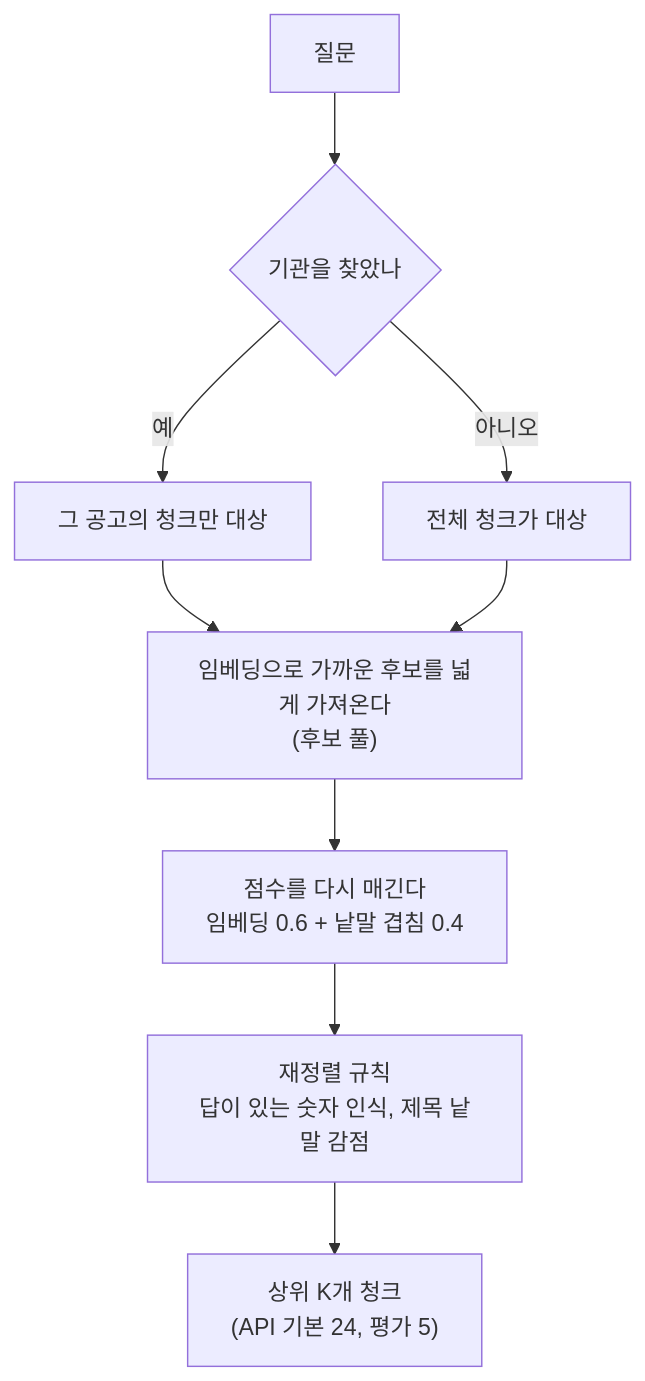
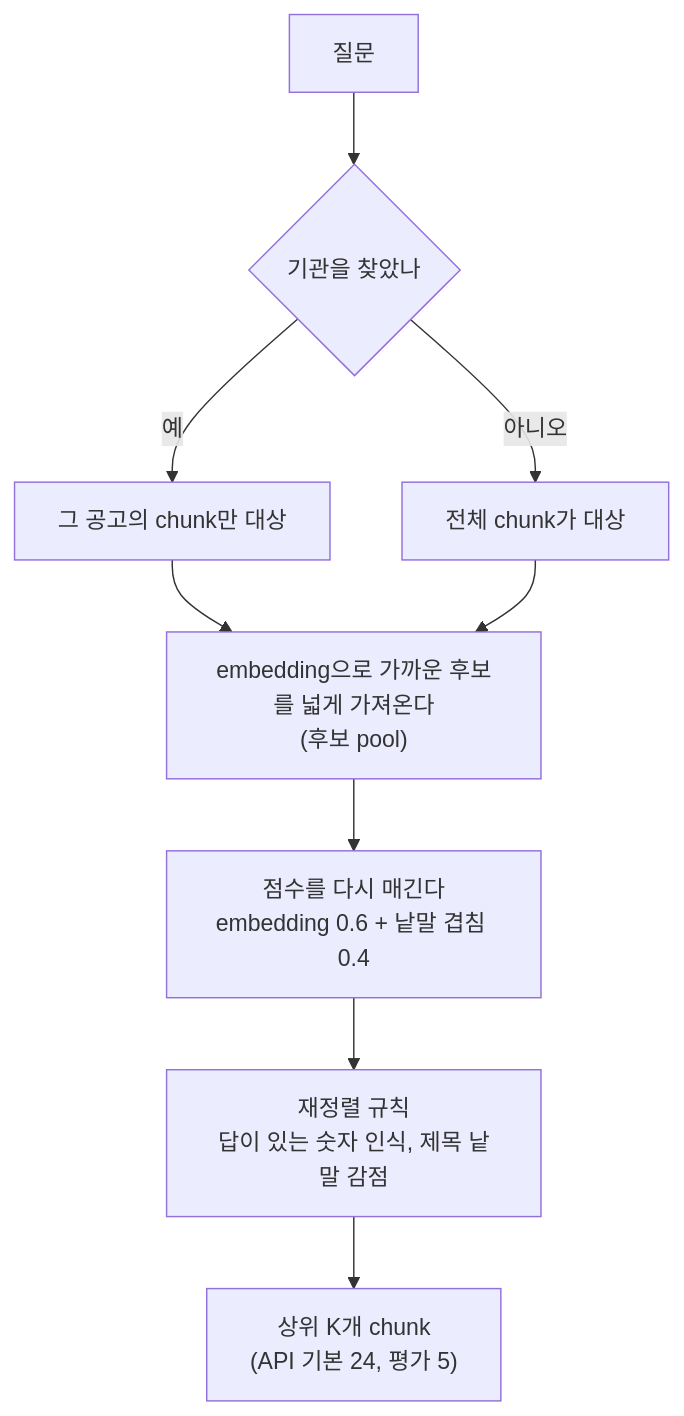
The second of 4 diagrams in docs/05_질의처리.md (adover134/hierarchical-md-rag), drawn with Mermaid before and after one commit. The commit also changed other lines of this file and 24 other files, not shown here.

````diff
--- a/docs/05_질의처리.md
+++ b/docs/05_질의처리.md
@@ -37,11 +37,11 @@
 ```mermaid
 flowchart TD
     Q["질문"] --> O{"기관을 찾았나"}
-    O -->|"예"| F["그 공고의 청크만 대상"]
-    O -->|"아니오"| W["전체 청크가 대상"]
-    F --> P["임베딩으로 가까운 후보를 넓게 가져온다<br/>(후보 풀)"]
+    O -->|"예"| F["그 공고의 chunk만 대상"]
+    O -->|"아니오"| W["전체 chunk가 대상"]
+    F --> P["embedding으로 가까운 후보를 넓게 가져온다<br/>(후보 pool)"]
     W --> P
-    P --> S["점수를 다시 매긴다<br/>임베딩 0.6 + 낱말 겹침 0.4"]
+    P --> S["점수를 다시 매긴다<br/>embedding 0.6 + 낱말 겹침 0.4"]
     S --> R["재정렬 규칙<br/>답이 있는 숫자 인식, 제목 낱말 감점"]
-    R --> K["상위 K개 청크<br/>(API 기본 24, 평가 5)"]
+    R --> K["상위 K개 chunk<br/>(API 기본 24, 평가 5)"]
 ```
````
